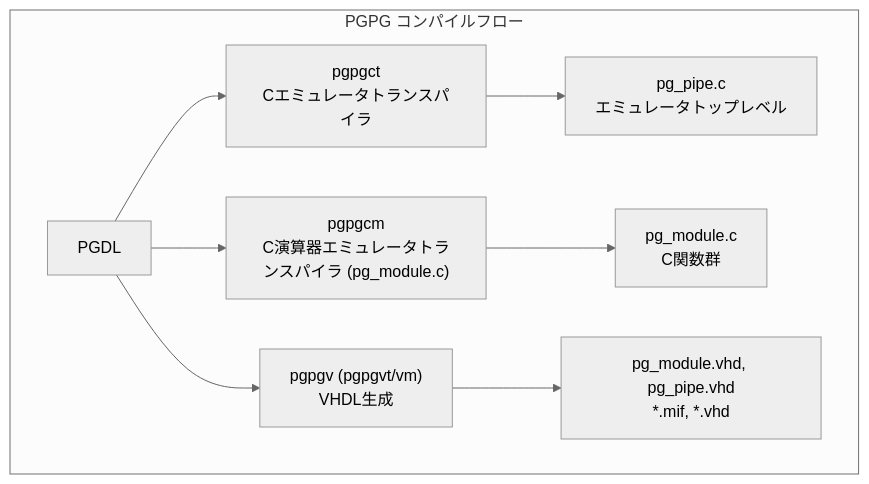
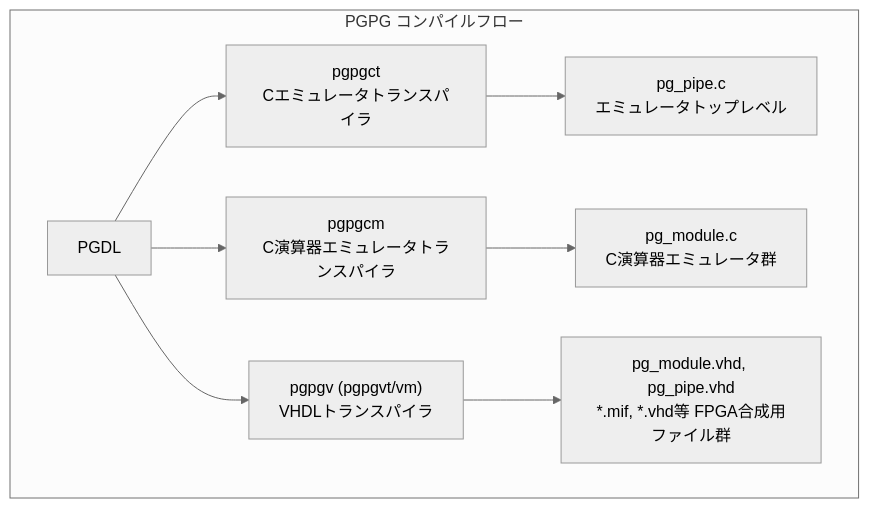
Before and after one commit to thamada/pgpg: the diagram in doc/design.md, drawn with Mermaid (neutral theme). The commit also changed 1 other file, not shown here.

Commit message:
doc/design.md: Mermaid図の用語・ラベルを整理
- pgpgcm: ラベルから(pg_module.c)を削除
- pgpgv: VHDL生成→VHDLトランスパイラ
- pg_module.c: C関数群→C演算器エミュレータ群
- VHDL出力: *.mif, *.vhd等 FPGA合成用ファイル群に説明を追加
- doc/ChangeLog: 変更履歴に追記

````diff
--- a/doc/design.md
+++ b/doc/design.md
@@ -61,22 +61,22 @@
 ```mermaid
 flowchart TB
     subgraph flow["PGPG コンパイルフロー"]
         A["PGDL"]
 
         A --> D
         A --> E
         A --> F
 
         D["pgpgct<br/>Cエミュレータトランスパイラ"]
-        E["pgpgcm<br/>C演算器エミュレータトランスパイラ (pg_module.c)"]
-        F["pgpgv (pgpgvt/vm)<br/>VHDL生成"]
+        E["pgpgcm<br/>C演算器エミュレータトランスパイラ"]
+        F["pgpgv (pgpgvt/vm)<br/>VHDLトランスパイラ"]
 
         D --> G
         E --> H
         F --> I
 
         G["pg_pipe.c<br/>エミュレータトップレベル"]
-        H["pg_module.c<br/>C関数群"]
-        I["pg_module.vhd, pg_pipe.vhd<br/>*.mif, *.vhd"]
+        H["pg_module.c<br/>C演算器エミュレータ群"]
+        I["pg_module.vhd, pg_pipe.vhd<br/>*.mif, *.vhd等 FPGA合成用ファイル群"]
     end
 ```
````
